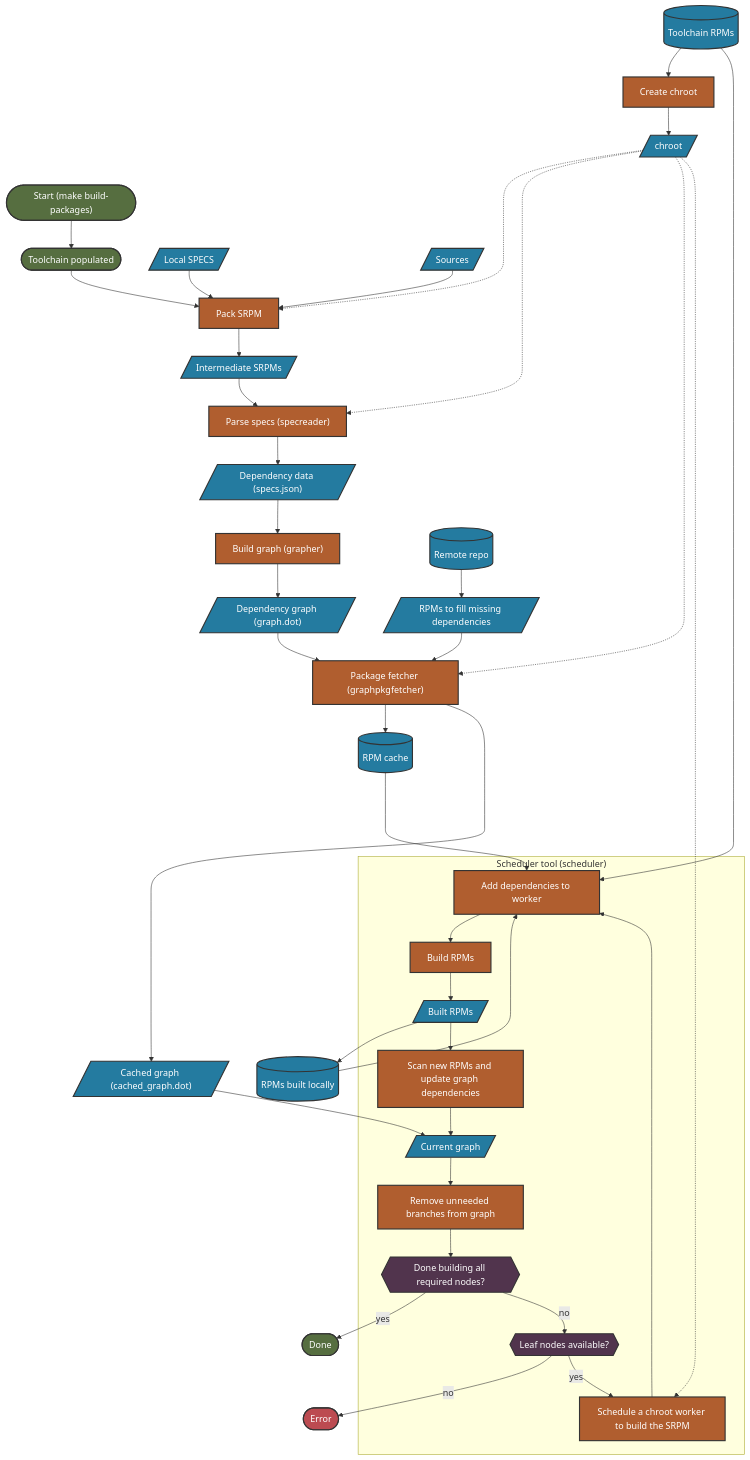
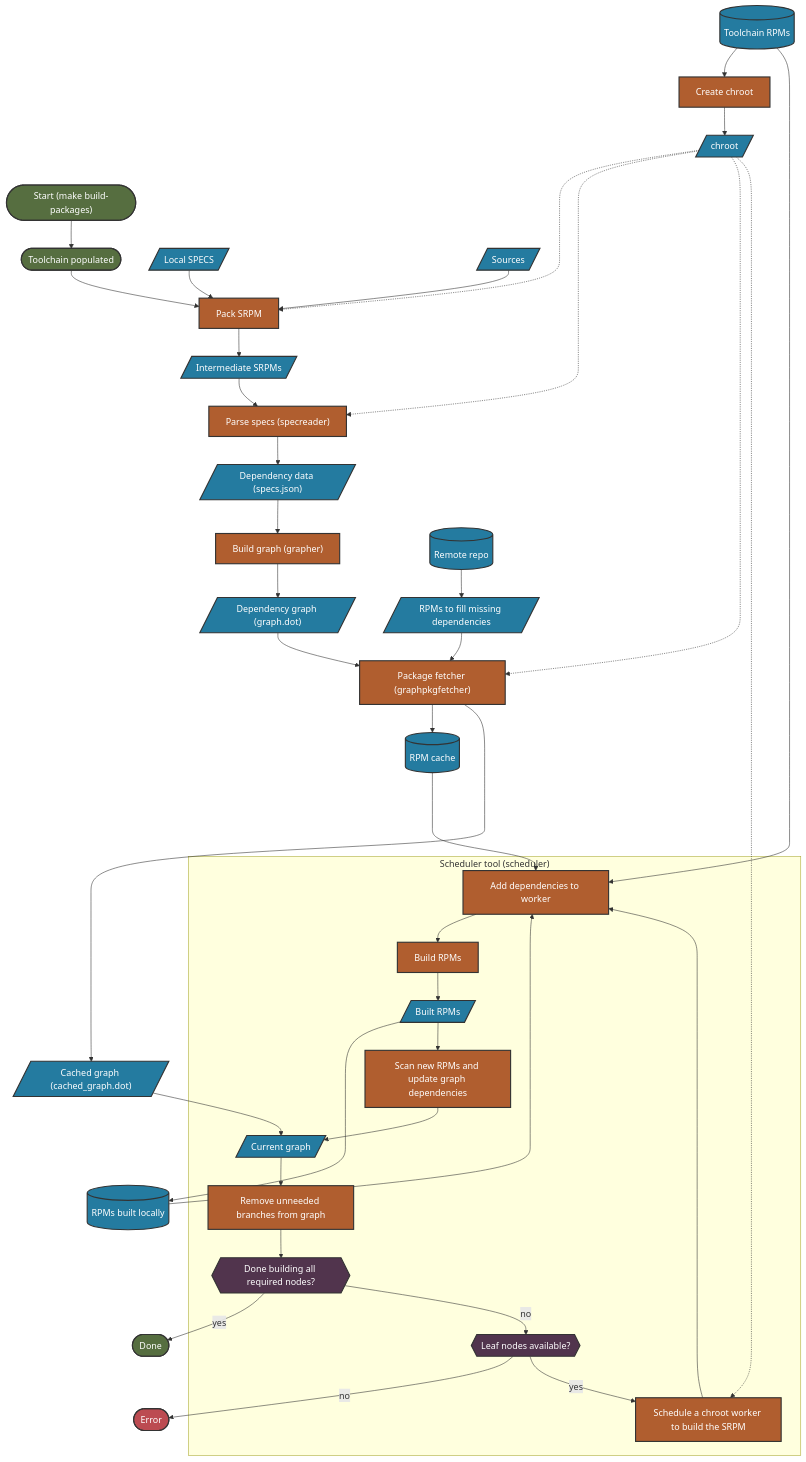
Before and after one commit to microsoft/azurelinux: the fifth of 6 diagrams in toolkit/docs/how_it_works/0_intro.md, drawn with Mermaid.

Commit message:
Move rpms locally

```diff
--- a/toolkit/docs/how_it_works/0_intro.md
+++ b/toolkit/docs/how_it_works/0_intro.md
@@ -215,7 +215,7 @@
     tcRPMs --> createChroot
     createChroot --> chroot
     chroot -...-> packSRPM & parse & pkgFetcher & worker
-    builtRPMs --> outRPMS
+    builtRPMs ----> outRPMS
     doneBuild -->|yes| done
     leafNodesAvail -->|no| error
     cacheGraph --> currentGraph
```
